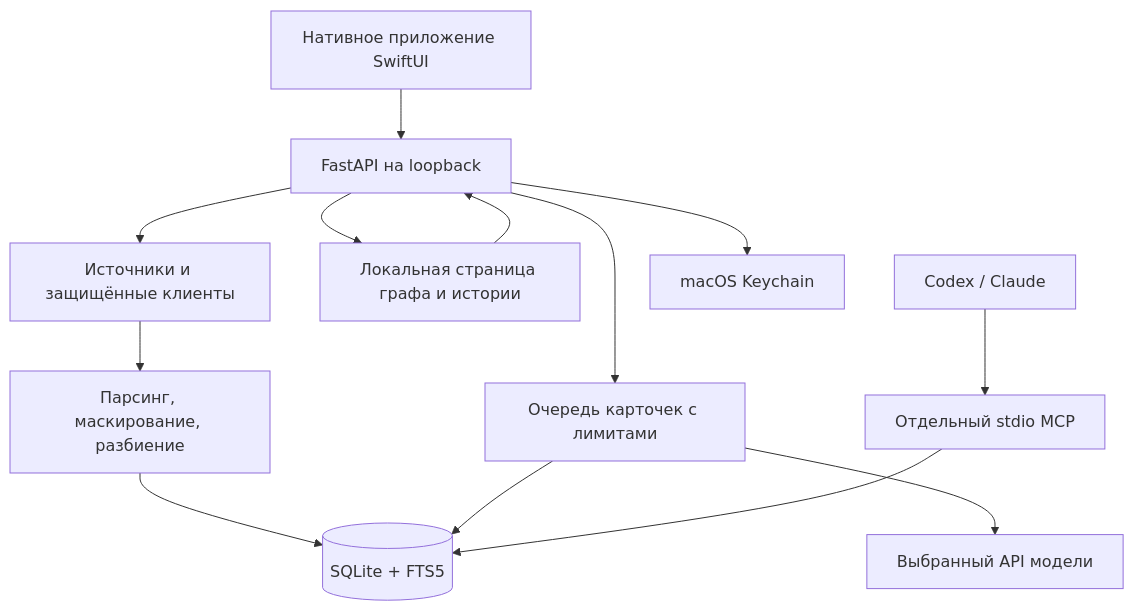
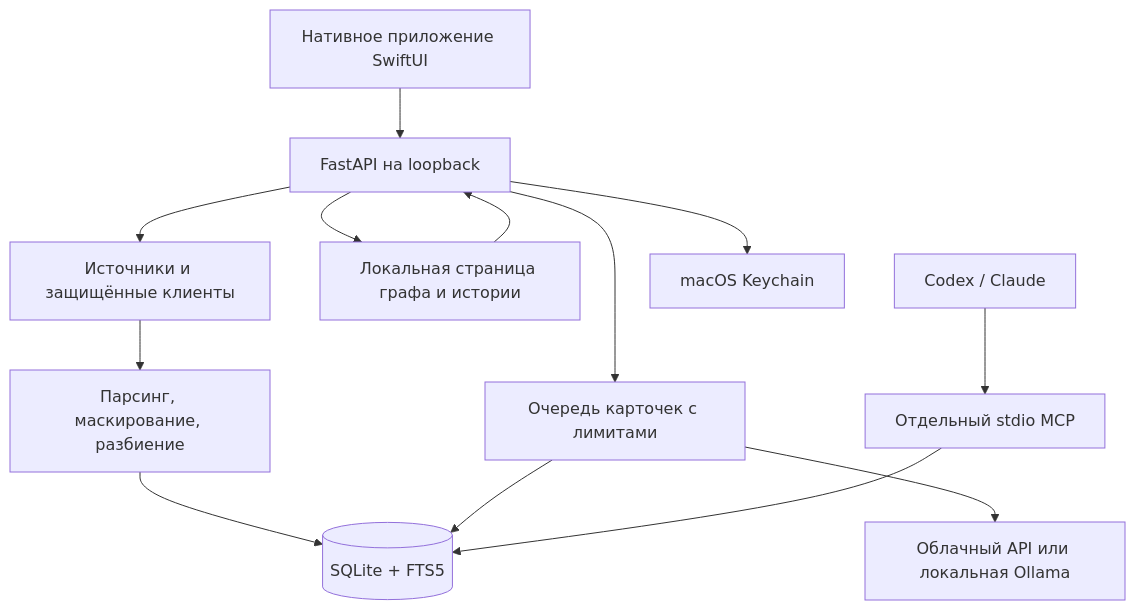
The diagram in docs/architecture.ru.md (PandaTBE/second-brain), drawn with Mermaid before and after one commit. The commit also changed other lines of this file and 39 other files, not shown here.

Commit message:
feat: add Qwen connectors and optimize the memory graph

````diff
--- a/docs/architecture.ru.md
+++ b/docs/architecture.ru.md
@@ -7,15 +7,15 @@
 ```mermaid
 flowchart TD
     UI[Нативное приложение SwiftUI] --> API[FastAPI на loopback]
     API --> Sources[Источники и защищённые клиенты]
     Sources --> Import[Парсинг, маскирование, разбиение]
     Import --> DB[(SQLite + FTS5)]
     API --> Cards[Очередь карточек с лимитами]
-    Cards --> LLM[Выбранный API модели]
+    Cards --> LLM[Облачный API или локальная Ollama]
     Cards --> DB
     API --> Graph[Локальная страница графа и истории]
     Graph --> API
     MCP[Отдельный stdio MCP] --> DB
     Agents[Codex / Claude] --> MCP
     API --> Vault[macOS Keychain]
 ```
````
